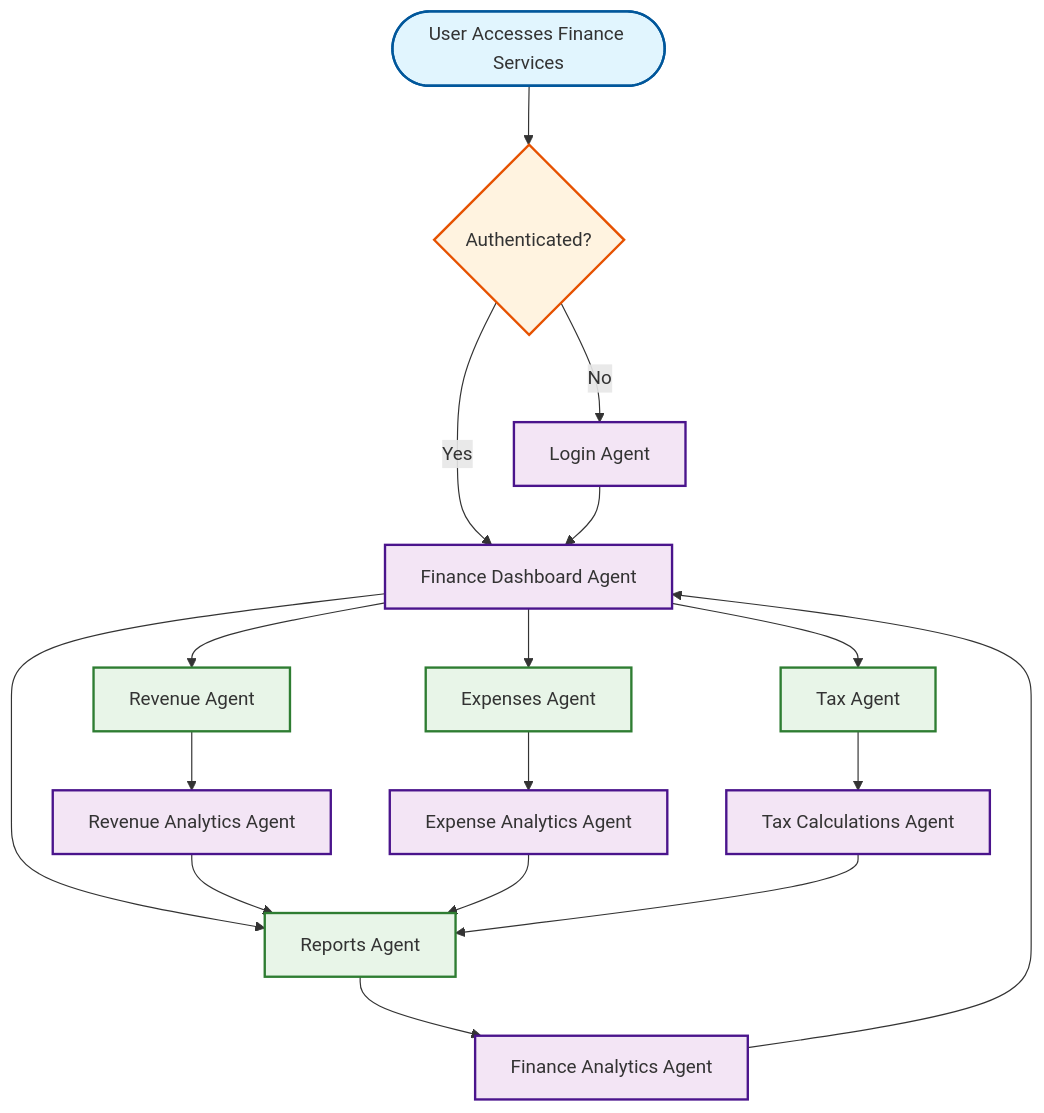
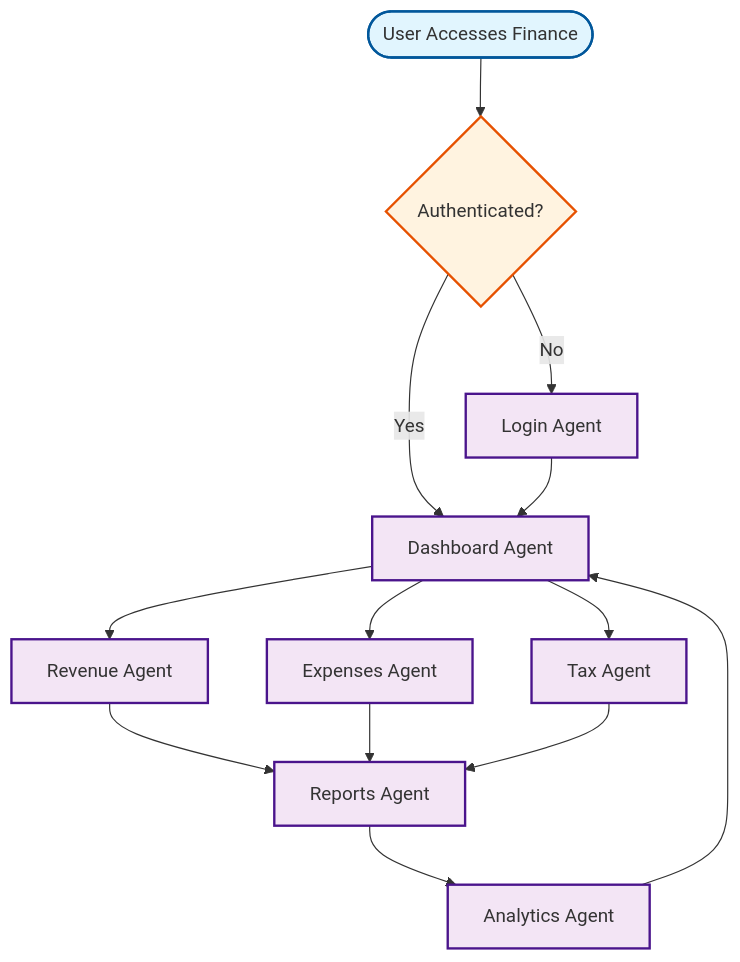
Before and after one commit to krishrathi1/KalaSarthi: the diagram in docs/finance-services-workflow.md, drawn with Mermaid. The commit also changed other lines of this file and 10 other files, not shown here.

````diff
--- a/docs/finance-services-workflow.md
+++ b/docs/finance-services-workflow.md
@@ -8,34 +8,27 @@
 ```mermaid
 graph TD
-    START([User Accesses Finance Services]) --> AUTH_CHECK{Authenticated?}
+    START([User Accesses Finance]) --> AUTH_CHECK{Authenticated?}
     AUTH_CHECK -->|No| LOGIN[Login Agent]
-    AUTH_CHECK -->|Yes| FINANCE_DASHBOARD[Finance Dashboard Agent]
+    AUTH_CHECK -->|Yes| DASHBOARD[Dashboard Agent]
     
-    FINANCE_DASHBOARD --> REVENUE[Revenue Agent]
-    FINANCE_DASHBOARD --> EXPENSES[Expenses Agent]
-    FINANCE_DASHBOARD --> TAXES[Tax Agent]
-    FINANCE_DASHBOARD --> REPORTS[Reports Agent]
+    DASHBOARD --> REVENUE[Revenue Agent]
+    DASHBOARD --> EXPENSES[Expenses Agent]
+    DASHBOARD --> TAXES[Tax Agent]
     
-    REVENUE --> REVENUE_ANALYTICS[Revenue Analytics Agent]
-    EXPENSES --> EXPENSE_ANALYTICS[Expense Analytics Agent]
-    TAXES --> TAX_CALCULATIONS[Tax Calculations Agent]
+    REVENUE --> REPORTS[Reports Agent]
+    EXPENSES --> REPORTS
+    TAXES --> REPORTS
     
-    REVENUE_ANALYTICS --> REPORTS
-    EXPENSE_ANALYTICS --> REPORTS
-    TAX_CALCULATIONS --> REPORTS
+    REPORTS --> ANALYTICS[Analytics Agent]
+    ANALYTICS --> DASHBOARD
     
-    REPORTS --> ANALYTICS[Finance Analytics Agent]
-    ANALYTICS --> FINANCE_DASHBOARD
-    
-    LOGIN --> FINANCE_DASHBOARD
+    LOGIN --> DASHBOARD
     
     classDef startClass fill:#e1f5fe,stroke:#01579b,stroke-width:2px
     classDef decisionClass fill:#fff3e0,stroke:#e65100,stroke-width:2px
     classDef processClass fill:#f3e5f5,stroke:#4a148c,stroke-width:2px
-    classDef financeClass fill:#e8f5e8,stroke:#2e7d32,stroke-width:2px
     
     class START startClass
     class AUTH_CHECK decisionClass
-    class LOGIN,FINANCE_DASHBOARD,REVENUE,EXPENSES,TAXES,REPORTS,REVENUE_ANALYTICS,EXPENSE_ANALYTICS,TAX_CALCULATIONS,ANALYTICS processClass
-    class REVENUE,EXPENSES,TAXES,REPORTS financeClass
+    class LOGIN,DASHBOARD,REVENUE,EXPENSES,TAXES,REPORTS,ANALYTICS processClass
 ```
````
